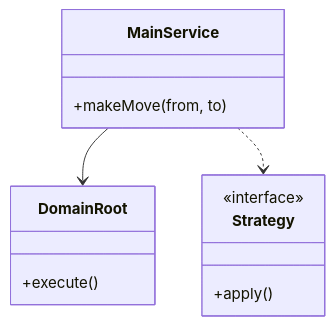
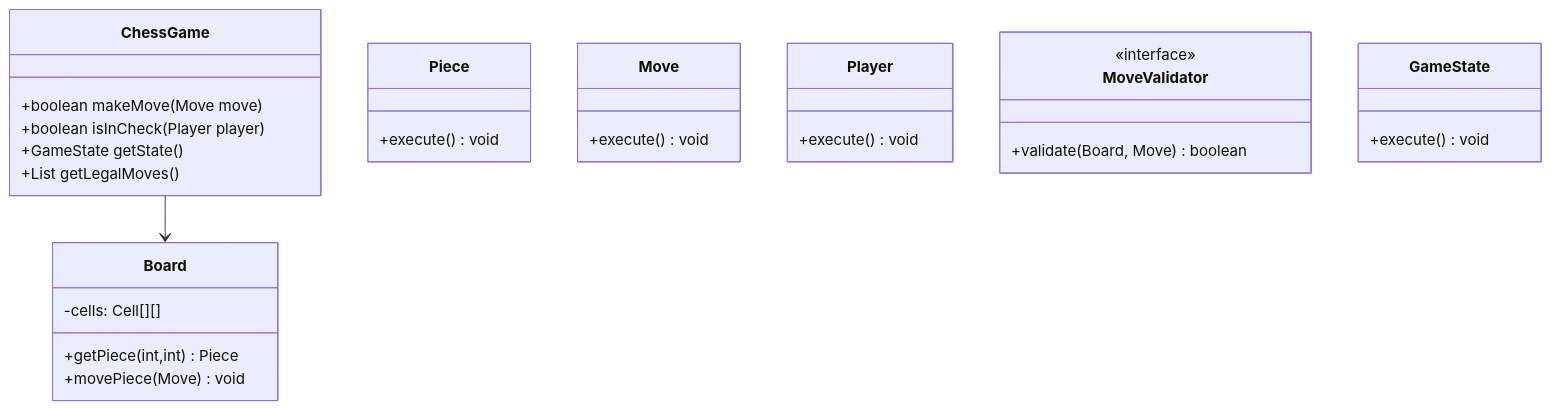
The first of 3 diagrams in Learn/System Design - Low Level Design/02-classic-ood/questions/Q06-chess.md (madhupaila/Interview-Prep-SSE), drawn with Mermaid before and after one commit. The commit also changed other lines of this file and 491 other files, not shown here.

````diff
--- a/Learn/System Design - Low Level Design/02-classic-ood/questions/Q06-chess.md
+++ b/Learn/System Design - Low Level Design/02-classic-ood/questions/Q06-chess.md
@@ -75,15 +89,31 @@
 ```mermaid
 classDiagram
-    class MainService {
-        +makeMove(from, to)
+    class ChessGame {
+        +boolean makeMove(Move move)
+        +boolean isInCheck(Player player)
+        +GameState getState()
+        +List<Move> getLegalMoves()
     }
-    class DomainRoot {
-        +execute()
+    class Board {
+        -cells: Cell[][]
+        +getPiece(int,int) Piece
+        +movePiece(Move) void
     }
-    class Strategy {
+    class Piece {
+        +execute() void
+    }
+    class Move {
+        +execute() void
+    }
+    class Player {
+        +execute() void
+    }
+    class MoveValidator {
         <<interface>>
-        +apply()
+        +validate(Board, Move) boolean
     }
-    MainService --> DomainRoot
-    MainService ..> Strategy
+    class GameState {
+        +execute() void
+    }
+    ChessGame --> Board
 ```
````
